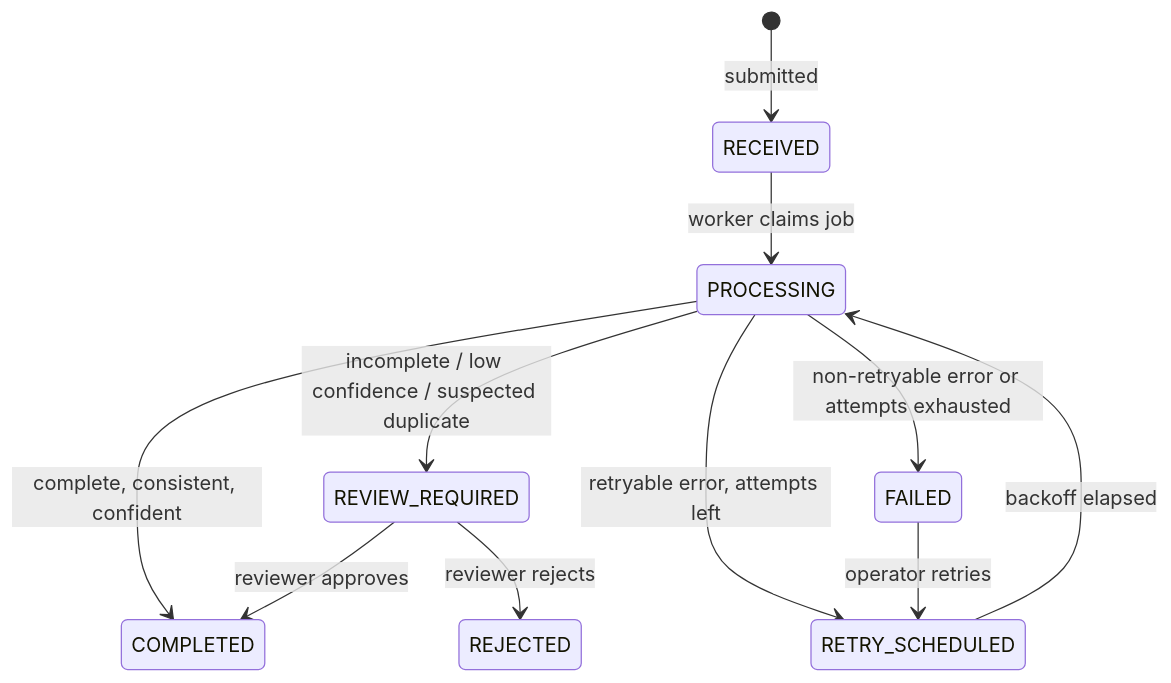
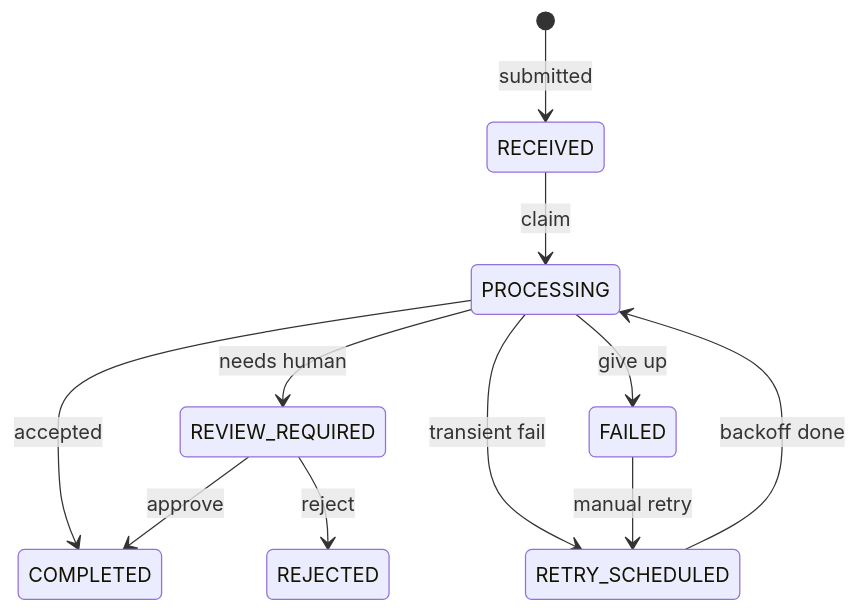
The second of 2 diagrams in README.md (Ferbmp/doc-processing), drawn with Mermaid before and after one commit. The commit also changed other lines of this file, not shown here.

Commit message:
Simplify Mermaid diagrams so they render cleanly on GitHub.

````diff
--- a/README.md
+++ b/README.md
@@ -153,13 +162,13 @@
 ```mermaid
 stateDiagram-v2
     [*] --> RECEIVED: submitted
-    RECEIVED --> PROCESSING: worker claims job
-    PROCESSING --> COMPLETED: complete, consistent, confident
-    PROCESSING --> REVIEW_REQUIRED: incomplete / low confidence / suspected duplicate
-    PROCESSING --> RETRY_SCHEDULED: retryable error, attempts left
-    RETRY_SCHEDULED --> PROCESSING: backoff elapsed
-    PROCESSING --> FAILED: non-retryable error or attempts exhausted
-    REVIEW_REQUIRED --> COMPLETED: reviewer approves
-    REVIEW_REQUIRED --> REJECTED: reviewer rejects
-    FAILED --> RETRY_SCHEDULED: operator retries
+    RECEIVED --> PROCESSING: claim
+    PROCESSING --> COMPLETED: accepted
+    PROCESSING --> REVIEW_REQUIRED: needs human
+    PROCESSING --> RETRY_SCHEDULED: transient fail
+    RETRY_SCHEDULED --> PROCESSING: backoff done
+    PROCESSING --> FAILED: give up
+    REVIEW_REQUIRED --> COMPLETED: approve
+    REVIEW_REQUIRED --> REJECTED: reject
+    FAILED --> RETRY_SCHEDULED: manual retry
 ```
````
